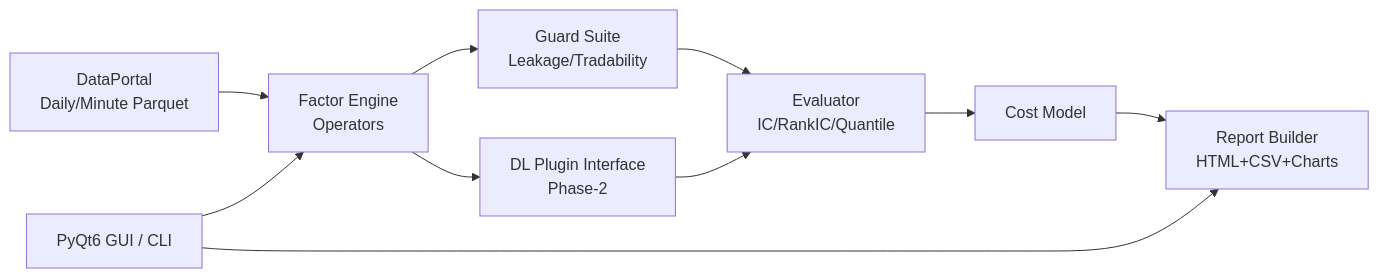
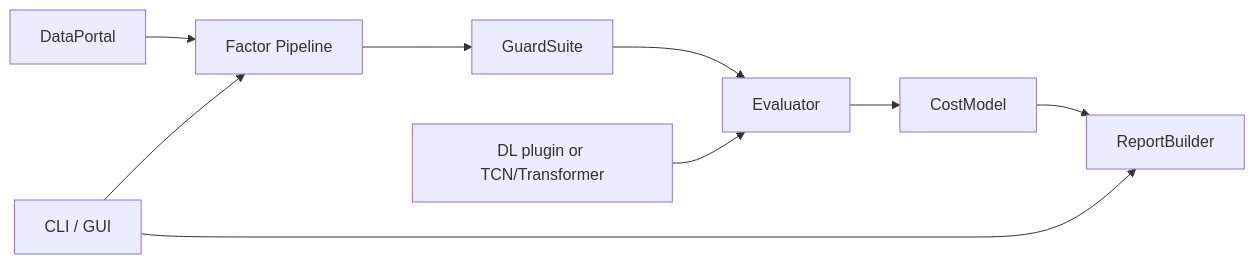
Before and after one commit to laoyu17/Alpha-Lab: the diagram in README.md, drawn with Mermaid. The commit also changed other lines of this file, not shown here.

Commit message:
docs(readme): rewrite project intro and add gui test flow

````diff
--- a/README.md
+++ b/README.md
@@ -16,12 +23,11 @@
 ```mermaid
 flowchart LR
-    A[DataPortal<br/>Daily/Minute Parquet] --> B[Factor Engine<br/>Operators]
-    B --> C[Guard Suite<br/>Leakage/Tradability]
-    C --> D[Evaluator<br/>IC/RankIC/Quantile]
-    D --> E[Cost Model]
-    E --> F[Report Builder<br/>HTML+CSV+Charts]
-    B --> G[DL Plugin Interface<br/>Phase-2]
-    G --> D
-    H[PyQt6 GUI / CLI] --> B
-    H --> F
+    A[DataPortal] --> B[Factor Pipeline]
+    B --> C[GuardSuite]
+    C --> D[Evaluator]
+    D --> E[CostModel]
+    E --> F[ReportBuilder]
+    G[CLI / GUI] --> B
+    G --> F
+    H[DL plugin or TCN/Transformer] --> D
 ```
````
